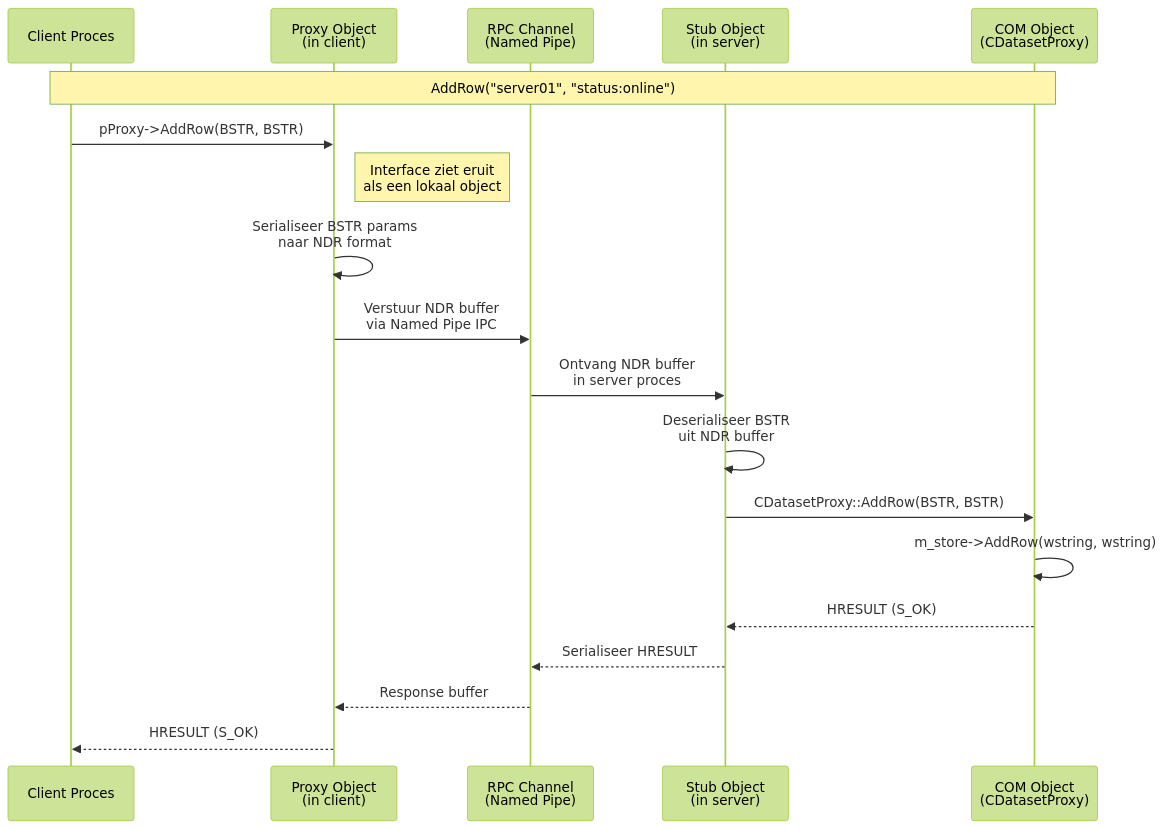
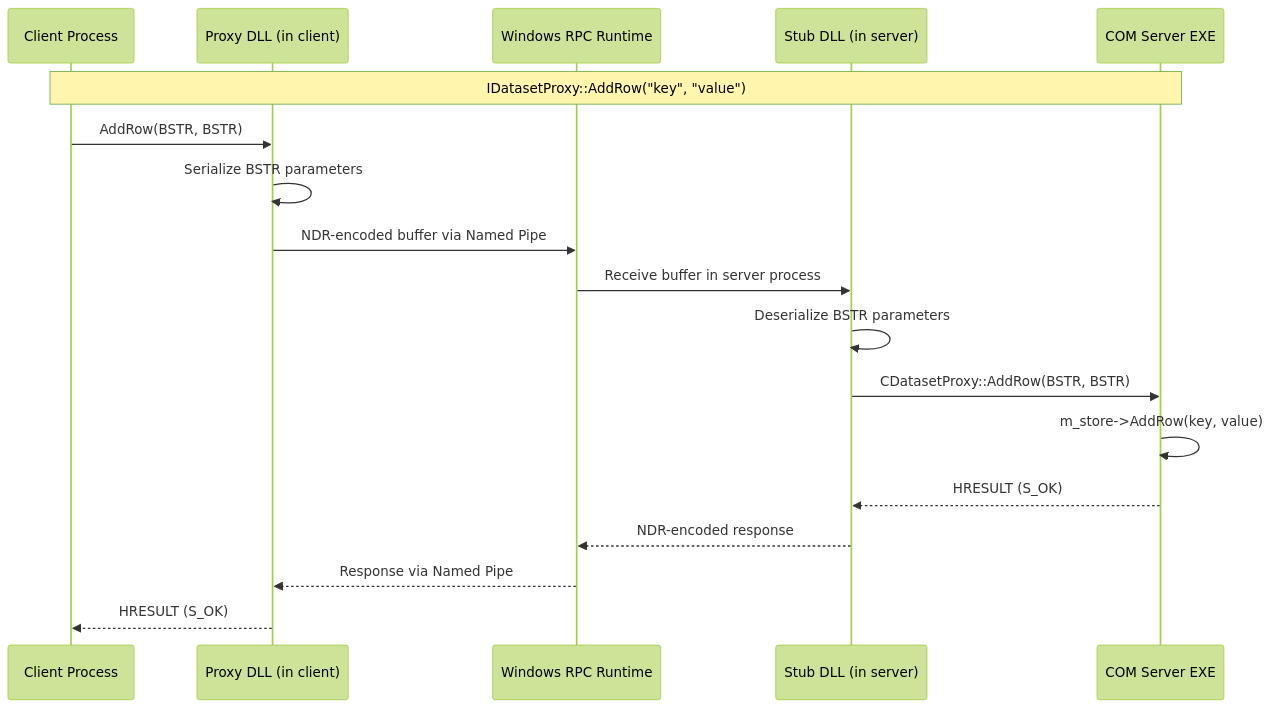
Before and after one commit to snodeplannen/sharedvar: the eighth of 20 diagrams in ATLProjectcomserverExe/ARCHITECTURE.md, drawn with Mermaid (forest theme). The commit also changed other lines of this file and 90 other files, not shown here.

````diff
--- a/ATLProjectcomserverExe/ARCHITECTURE.md
+++ b/ATLProjectcomserverExe/ARCHITECTURE.md
@@ -520,24 +431,21 @@
 ```mermaid
 sequenceDiagram
-    participant Client as Client Proces
-    participant Proxy as Proxy Object<br/>(in client)
-    participant Channel as RPC Channel<br/>(Named Pipe)
-    participant Stub as Stub Object<br/>(in server)
-    participant Server as COM Object<br/>(CDatasetProxy)
+    participant Client as Client Process
+    participant ProxyDLL as Proxy DLL (in client)
+    participant RPC as Windows RPC Runtime
+    participant StubDLL as Stub DLL (in server)
+    participant Server as COM Server EXE
 
-    Note over Client,Server: AddRow("server01", "status:online")
-
-    Client->>Proxy: pProxy->AddRow(BSTR, BSTR)
-    Note right of Proxy: Interface ziet eruit<br/>als een lokaal object
-
-    Proxy->>Proxy: Serialiseer BSTR params<br/>naar NDR format
-    Proxy->>Channel: Verstuur NDR buffer<br/>via Named Pipe IPC
-    Channel->>Stub: Ontvang NDR buffer<br/>in server proces
-    Stub->>Stub: Deserialiseer BSTR<br/>uit NDR buffer
-    Stub->>Server: CDatasetProxy::AddRow(BSTR, BSTR)
-    Server->>Server: m_store->AddRow(wstring, wstring)
-    Server-->>Stub: HRESULT (S_OK)
-    Stub-->>Channel: Serialiseer HRESULT
-    Channel-->>Proxy: Response buffer
-    Proxy-->>Client: HRESULT (S_OK)
+    Note over Client,Server: IDatasetProxy::AddRow("key", "value")
+    Client->>ProxyDLL: AddRow(BSTR, BSTR)
+    ProxyDLL->>ProxyDLL: Serialize BSTR parameters
+    ProxyDLL->>RPC: NDR-encoded buffer via Named Pipe
+    RPC->>StubDLL: Receive buffer in server process
+    StubDLL->>StubDLL: Deserialize BSTR parameters
+    StubDLL->>Server: CDatasetProxy::AddRow(BSTR, BSTR)
+    Server->>Server: m_store->AddRow(key, value)
+    Server-->>StubDLL: HRESULT (S_OK)
+    StubDLL-->>RPC: NDR-encoded response
+    RPC-->>ProxyDLL: Response via Named Pipe
+    ProxyDLL-->>Client: HRESULT (S_OK)
 ```
````
